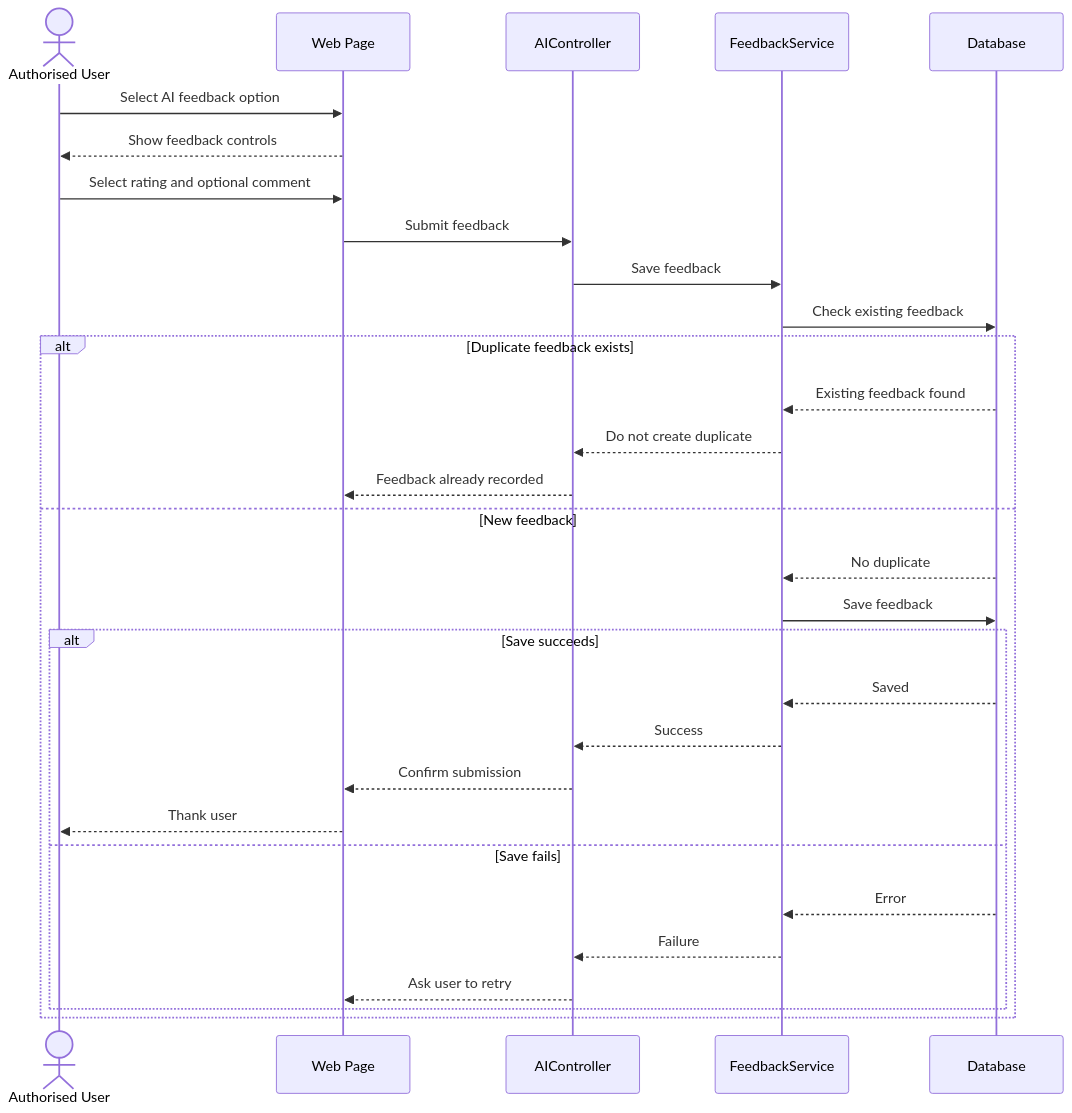
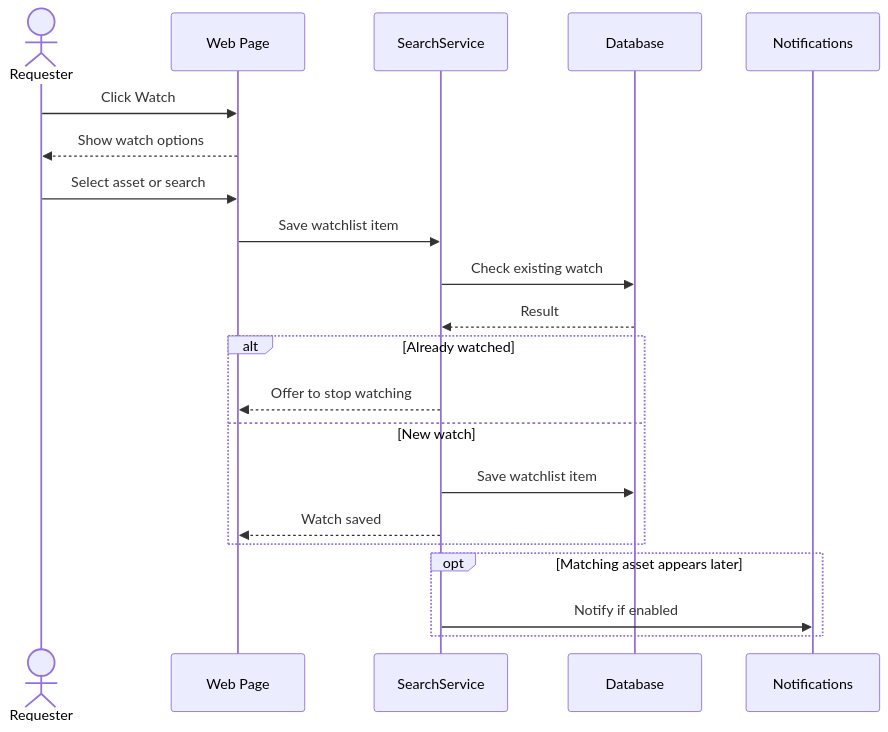
One commit to Abdulla66541/COSC336-GROUP5 changed the tenth of 12 diagrams in phase 4-5/01_part1_assets_marketplace_requests.md. Above: the diagram before and after it, drawn with Mermaid. The commit also changed other lines of this file, not shown here.

````diff
--- a/phase 4-5/01_part1_assets_marketplace_requests.md
+++ b/phase 4-5/01_part1_assets_marketplace_requests.md
@@ -560,36 +450,26 @@
 ```mermaid
 sequenceDiagram
-    actor U as Authorised User
+    actor RQ as Requester
     participant UI as Web Page
-    participant AIC as AIController
-    participant FS as FeedbackService
+    participant S as SearchService
     participant DB as Database
+    participant N as Notifications
 
-    U->>UI: Select AI feedback option
-    UI-->>U: Show feedback controls
-    U->>UI: Select rating and optional comment
-    UI->>AIC: Submit feedback
-    AIC->>FS: Save feedback
-    FS->>DB: Check existing feedback
+    RQ->>UI: Click Watch
+    UI-->>RQ: Show watch options
+    RQ->>UI: Select asset or search
+    UI->>S: Save watchlist item
+    S->>DB: Check existing watch
+    DB-->>S: Result
 
-    alt Duplicate feedback exists
-        DB-->>FS: Existing feedback found
-        FS-->>AIC: Do not create duplicate
-        AIC-->>UI: Feedback already recorded
+    alt Already watched
+        S-->>UI: Offer to stop watching
+    else New watch
+        S->>DB: Save watchlist item
+        S-->>UI: Watch saved
+    end
 
-    else New feedback
-        DB-->>FS: No duplicate
-        FS->>DB: Save feedback
-
-        alt Save succeeds
-            DB-->>FS: Saved
-            FS-->>AIC: Success
-            AIC-->>UI: Confirm submission
-            UI-->>U: Thank user
-        else Save fails
-            DB-->>FS: Error
-            FS-->>AIC: Failure
-            AIC-->>UI: Ask user to retry
-        end
+    opt Matching asset appears later
+        S->>N: Notify if enabled
     end
 ```
````
